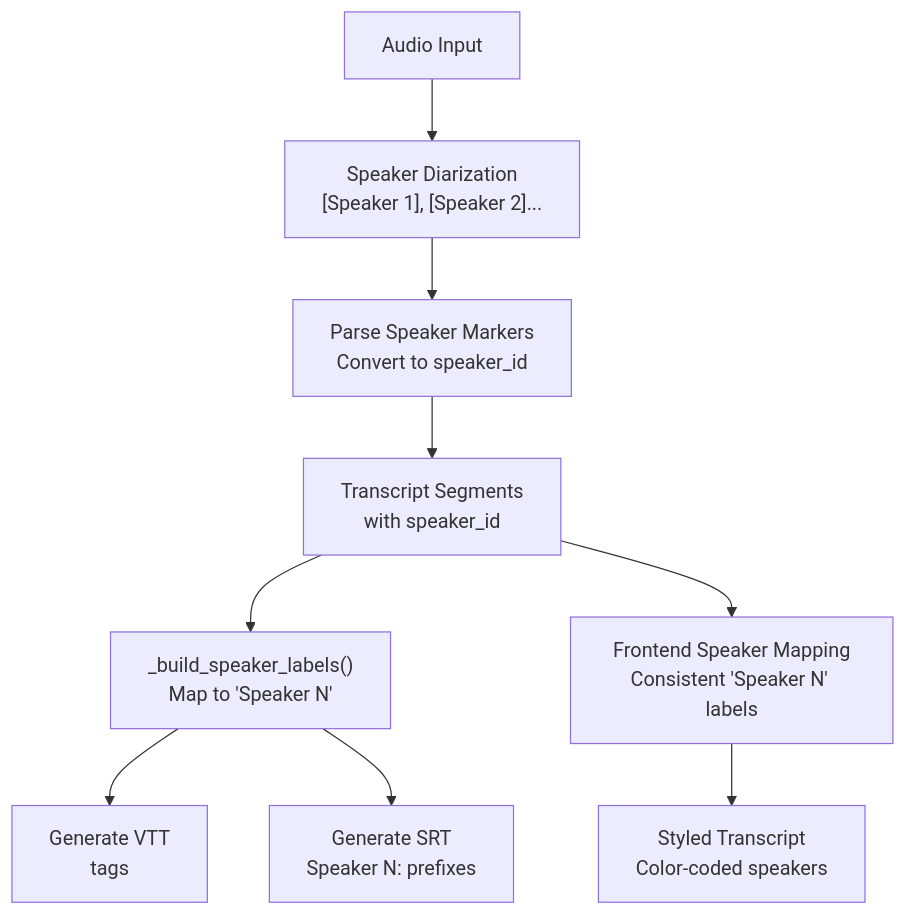
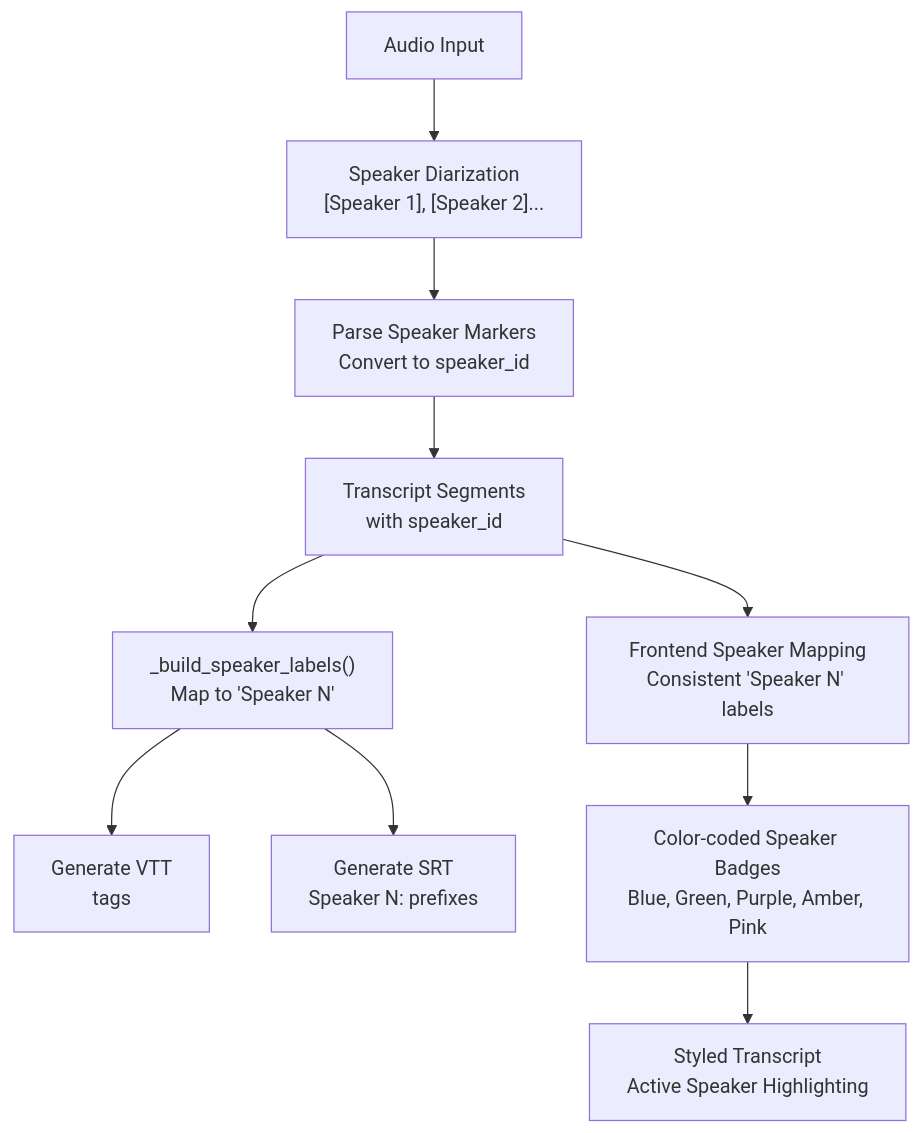
Before and after one commit to alexandreybasta-cyber/dubai-media-ai: the eighth of 9 diagrams in .qoder/repowiki/en/content/Media Processing Pipeline/Subtitle Generation Module.md, drawn with Mermaid. The commit also changed other lines of this file and 8 other files, not shown here.

````diff
--- a/.qoder/repowiki/en/content/Media Processing Pipeline/Subtitle Generation Module.md
+++ b/.qoder/repowiki/en/content/Media Processing Pipeline/Subtitle Generation Module.md
@@ -335,11 +382,12 @@
 ```mermaid
 flowchart TD
 Audio["Audio Input"] --> Diarization["Speaker Diarization<br/>[Speaker 1], [Speaker 2]..."]
 Diarization --> Parse["Parse Speaker Markers<br/>Convert to speaker_id"]
 Parse --> Segments["Transcript Segments<br/>with speaker_id"]
 Segments --> BackendMap["_build_speaker_labels()<br/>Map to 'Speaker N'"]
 BackendMap --> VTT["Generate VTT<br/><v Speaker N> tags"]
 BackendMap --> SRT["Generate SRT<br/>Speaker N: prefixes"]
 Segments --> FrontendMap["Frontend Speaker Mapping<br/>Consistent 'Speaker N' labels"]
-FrontendMap --> Display["Styled Transcript<br/>Color-coded speakers"]
+FrontendMap --> VisualStyling["Color-coded Speaker Badges<br/>Blue, Green, Purple, Amber, Pink"]
+VisualStyling --> Display["Styled Transcript<br/>Active Speaker Highlighting"]
 ```
````
